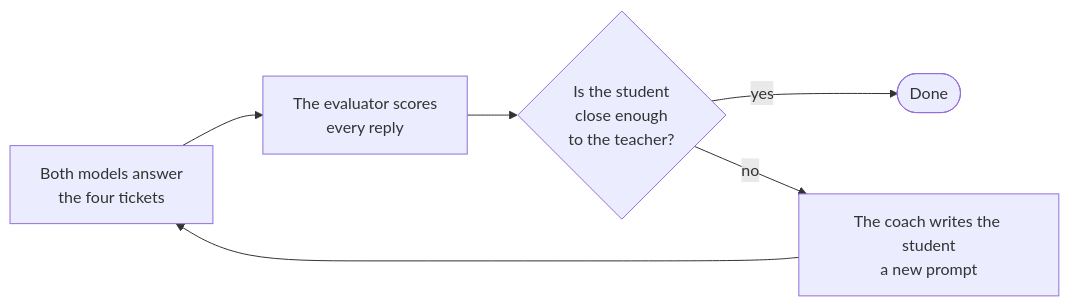
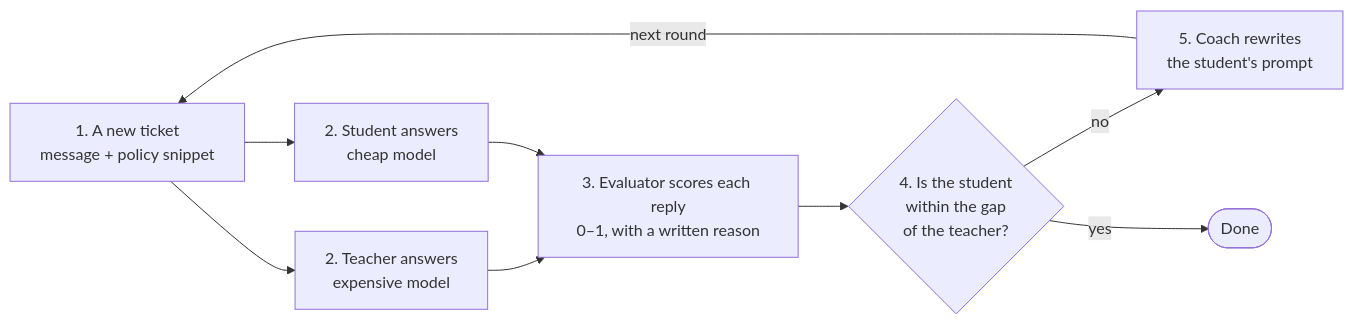
Before and after one commit to komodorio/hello-world-continual-learning: the first of 2 diagrams in README.md, drawn with Mermaid. The commit also changed other lines of this file and 8 other files, not shown here.

````diff
--- a/README.md
+++ b/README.md
@@ -33,8 +40,11 @@
 ```mermaid
 flowchart LR
-    A[Both models answer<br/>the four tickets] --> B[The evaluator scores<br/>every reply]
-    B --> C{Is the student<br/>close enough<br/>to the teacher?}
-    C -- yes --> D([Done])
-    C -- no --> E[The coach writes the student<br/>a new prompt]
-    E --> A
+    U[1. A new ticket<br/>message + policy snippet] --> T[2. Teacher answers<br/>expensive model]
+    U --> S[2. Student answers<br/>cheap model]
+    T --> E[3. Evaluator scores each reply<br/>0–1, with a written reason]
+    S --> E
+    E --> Q{4. Is the student<br/>within the gap<br/>of the teacher?}
+    Q -- no --> C[5. Coach rewrites<br/>the student's prompt]
+    C -- next round --> U
+    Q -- yes --> D([Done])
 ```
````
